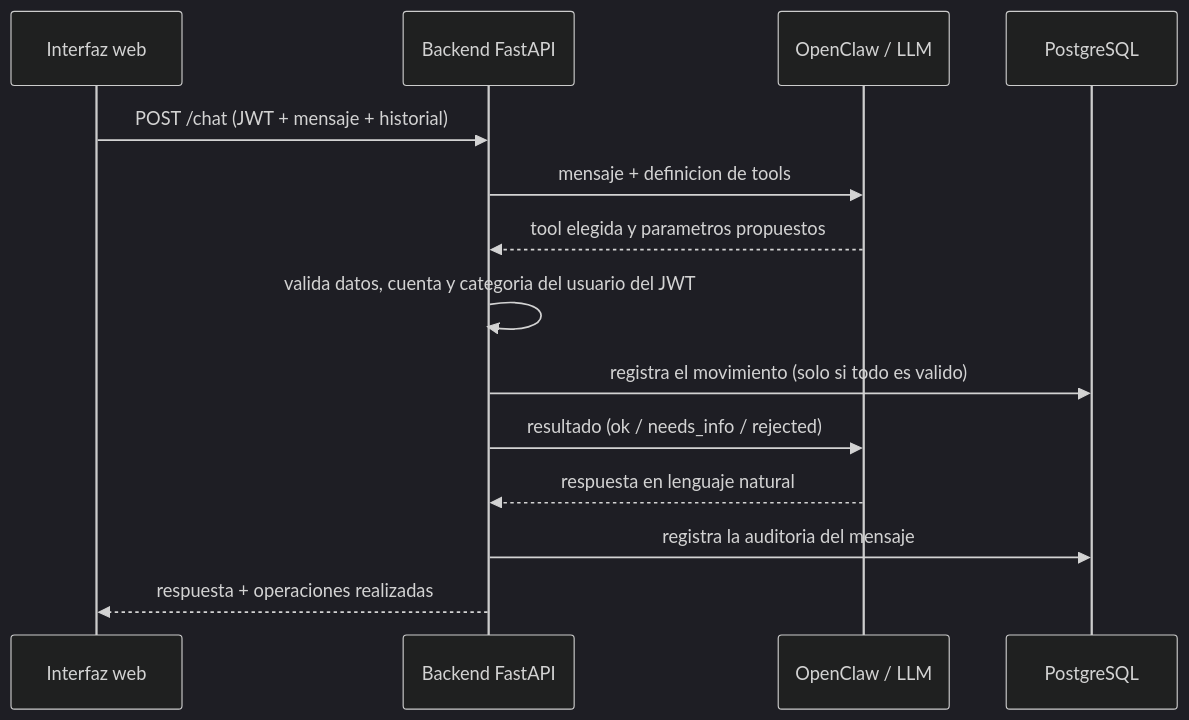
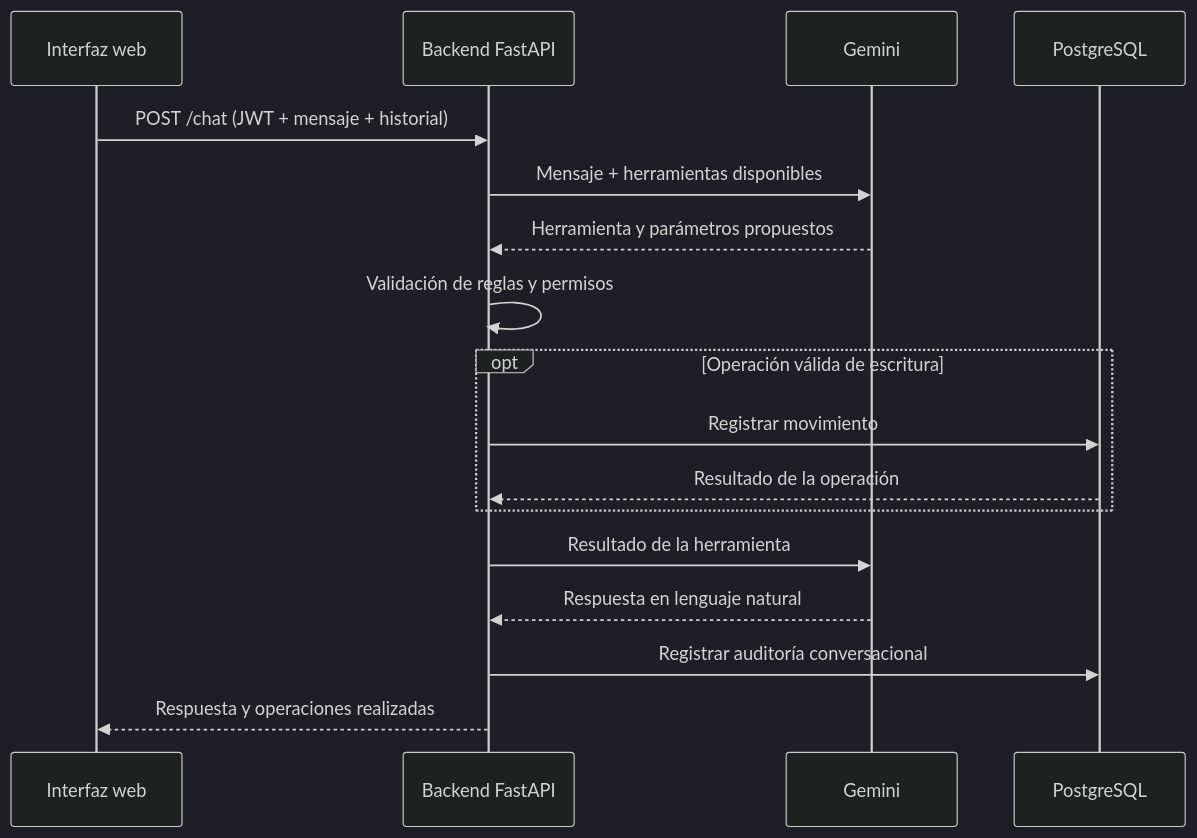
The second of 2 diagrams in docs/arquitectura.md (alochism/TP_FINAL), drawn with Mermaid (dark theme) before and after one commit. The commit also changed other lines of this file and 6 other files, not shown here.

````diff
--- a/docs/arquitectura.md
+++ b/docs/arquitectura.md
@@ -89,16 +95,20 @@
 ```mermaid
 sequenceDiagram
     participant W as Interfaz web
     participant B as Backend FastAPI
-    participant L as OpenClaw / LLM
+    participant L as Gemini
     participant D as PostgreSQL
+
     W->>B: POST /chat (JWT + mensaje + historial)
-    B->>L: mensaje + definicion de tools
-    L-->>B: tool elegida y parametros propuestos
-    B->>B: valida datos, cuenta y categoria del usuario del JWT
-    B->>D: registra el movimiento (solo si todo es valido)
-    B->>L: resultado (ok / needs_info / rejected)
-    L-->>B: respuesta en lenguaje natural
-    B->>D: registra la auditoria del mensaje
-    B-->>W: respuesta + operaciones realizadas
+    B->>L: Mensaje + herramientas disponibles
+    L-->>B: Herramienta y parámetros propuestos
+    B->>B: Validación de reglas y permisos
+    opt Operación válida de escritura
+        B->>D: Registrar movimiento
+        D-->>B: Resultado de la operación
+    end
+    B->>L: Resultado de la herramienta
+    L-->>B: Respuesta en lenguaje natural
+    B->>D: Registrar auditoría conversacional
+    B-->>W: Respuesta y operaciones realizadas
 ```
````
